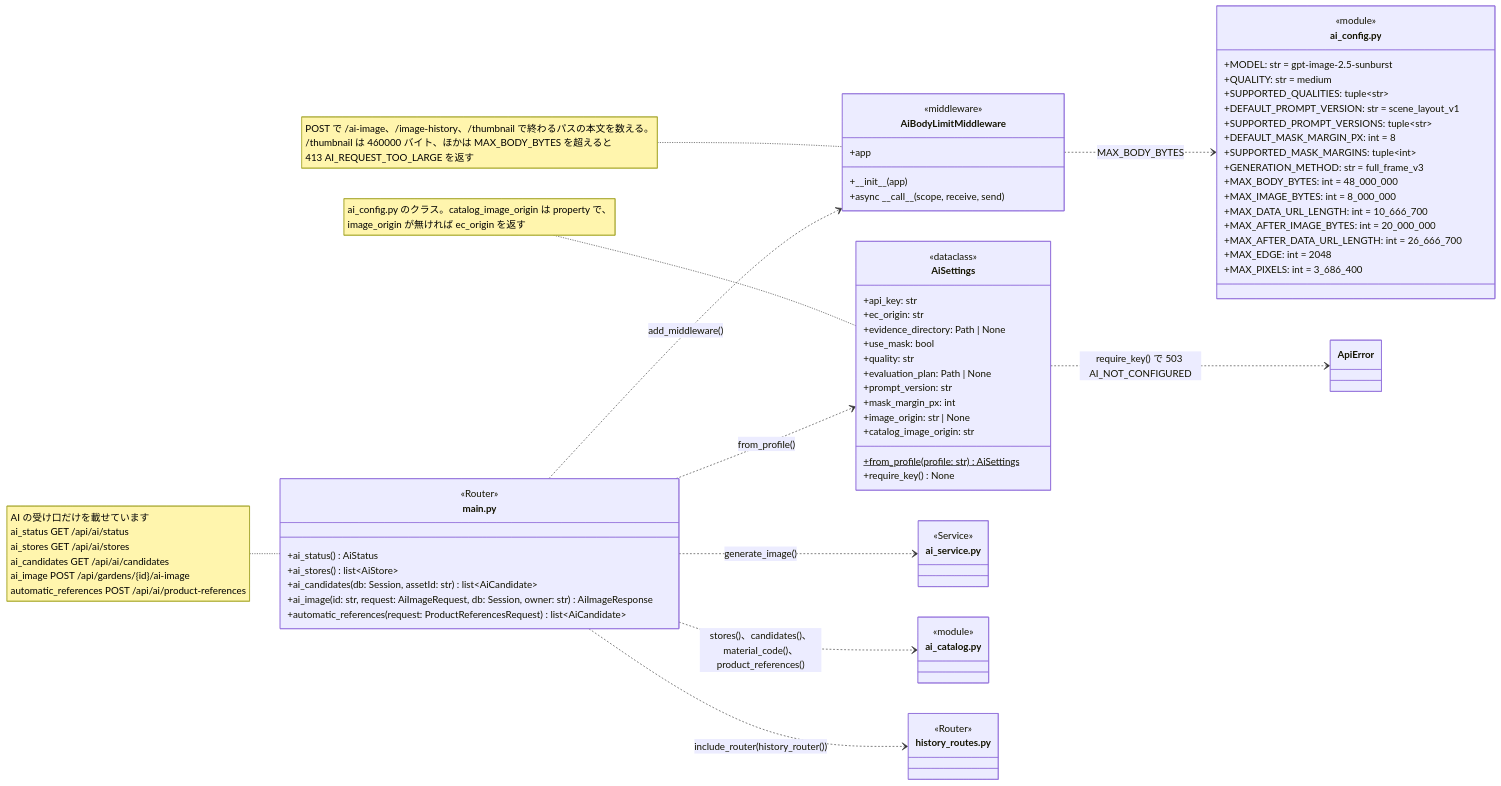
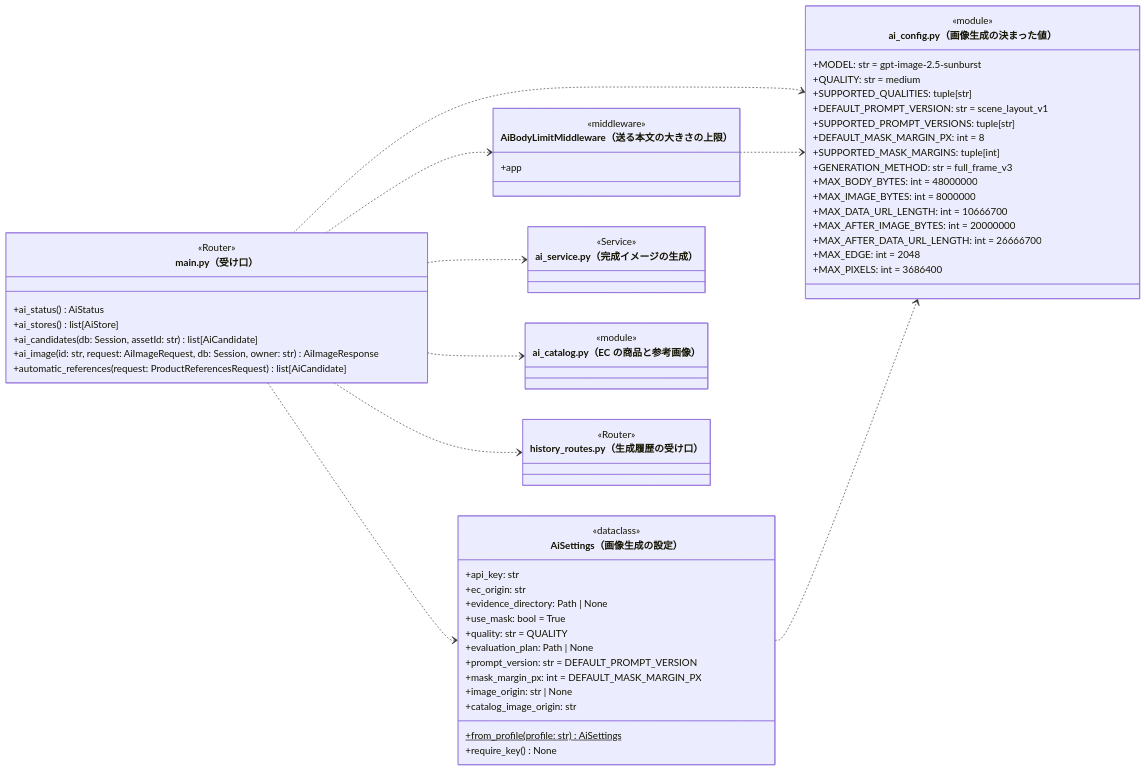
One commit to abeouga/kusakari-document changed the first of 7 diagrams in クラス図/kusakari-canvas/02_画像生成と履歴.md. Above: the diagram before and after it, drawn with Mermaid. The commit also changed other lines of this file and 40 other files, not shown here.

Commit message:
Canvas のクラス図に全体図を足し、詳細図をデータとモジュールの図に分けて書き直す

````diff
--- a/クラス図/kusakari-canvas/02_画像生成と履歴.md
+++ b/クラス図/kusakari-canvas/02_画像生成と履歴.md
@@ -70,69 +36,67 @@
 ```mermaid
 classDiagram
     direction LR
-    class main["main.py"] {
+    class main_py["main.py（受け口）"] {
         <<Router>>
         +ai_status() AiStatus
-        +ai_stores() list~AiStore~
-        +ai_candidates(db: Session, assetId: str) list~AiCandidate~
+        +ai_stores() list[AiStore]
+        +ai_candidates(db: Session, assetId: str) list[AiCandidate]
         +ai_image(id: str, request: AiImageRequest, db: Session, owner: str) AiImageResponse
-        +automatic_references(request: ProductReferencesRequest) list~AiCandidate~
+        +automatic_references(request: ProductReferencesRequest) list[AiCandidate]
     }
-    note for main "AI の受け口だけを載せています<br/>ai_status GET /api/ai/status<br/>ai_stores GET /api/ai/stores<br/>ai_candidates GET /api/ai/candidates<br/>ai_image POST /api/gardens/{id}/ai-image<br/>automatic_references POST /api/ai/product-references"
-    class AiBodyLimitMiddleware {
+    class AiBodyLimitMiddleware["AiBodyLimitMiddleware（送る本文の大きさの上限）"] {
         <<middleware>>
         +app
-        +#95;#95;init#95;#95;(app)
-        +async #95;#95;call#95;#95;(scope, receive, send)
     }
-    note for AiBodyLimitMiddleware "POST で /ai-image、/image-history、/thumbnail で終わるパスの本文を数える。<br/>/thumbnail は 460000 バイト、ほかは MAX_BODY_BYTES を超えると<br/>413 AI_REQUEST_TOO_LARGE を返す"
-    class ai_config["ai_config.py"] {
+    class ai_config_py["ai_config.py（画像生成の決まった値）"] {
         <<module>>
         +MODEL: str = gpt-image-2.5-sunburst
         +QUALITY: str = medium
-        +SUPPORTED_QUALITIES: tuple~str~
+        +SUPPORTED_QUALITIES: tuple[str]
         +DEFAULT_PROMPT_VERSION: str = scene_layout_v1
-        +SUPPORTED_PROMPT_VERSIONS: tuple~str~
+        +SUPPORTED_PROMPT_VERSIONS: tuple[str]
         +DEFAULT_MASK_MARGIN_PX: int = 8
-        +SUPPORTED_MASK_MARGINS: tuple~int~
+        +SUPPORTED_MASK_MARGINS: tuple[int]
         +GENERATION_METHOD: str = full_frame_v3
-        +MAX_BODY_BYTES: int = 48#95;000#95;000
-        +MAX_IMAGE_BYTES: int = 8#95;000#95;000
-        +MAX_DATA_URL_LENGTH: int = 10#95;666#95;700
-        +MAX_AFTER_IMAGE_BYTES: int = 20#95;000#95;000
-        +MAX_AFTER_DATA_URL_LENGTH: int = 26#95;666#95;700
+        +MAX_BODY_BYTES: int = 48000000
+        +MAX_IMAGE_BYTES: int = 8000000
+        +MAX_DATA_URL_LENGTH: int = 10666700
+        +MAX_AFTER_IMAGE_BYTES: int = 20000000
+        +MAX_AFTER_DATA_URL_LENGTH: int = 26666700
         +MAX_EDGE: int = 2048
-        +MAX_PIXELS: int = 3#95;686#95;400
+        +MAX_PIXELS: int = 3686400
     }
-    class AiSettings {
+    class AiSettings["AiSettings（画像生成の設定）"] {
         <<dataclass>>
         +api_key: str
         +ec_origin: str
         +evidence_directory: Path | None
-        +use_mask: bool
-        +quality: str
+        +use_mask: bool = True
+        +quality: str = QUALITY
         +evaluation_plan: Path | None
-        +prompt_version: str
-        +mask_margin_px: int
+        +prompt_version: str = DEFAULT_PROMPT_VERSION
+        +mask_margin_px: int = DEFAULT_MASK_MARGIN_PX
         +image_origin: str | None
         +catalog_image_origin: str
         +from_profile(profile: str)$ AiSettings
         +require_key() None
     }
-    note for AiSettings "ai_config.py のクラス。catalog_image_origin は property で、<br/>image_origin が無ければ ec_origin を返す"
-    class ai_service["ai_service.py"]
-    <<Service>> ai_service
-    class ai_catalog["ai_catalog.py"]
-    <<module>> ai_catalog
-    class history_routes["history_routes.py"]
-    <<Router>> history_routes
-    class ApiError
+    class ai_service_py["ai_service.py（完成イメージの生成）"] {
+        <<Service>>
+    }
+    class ai_catalog_py["ai_catalog.py（EC の商品と参考画像）"] {
+        <<module>>
+    }
+    class history_routes_py["history_routes.py（生成履歴の受け口）"] {
+        <<Router>>
+    }
 
-    main ..> AiBodyLimitMiddleware : add_middleware()
-    main ..> AiSettings : from_profile()
-    main ..> ai_service : generate_image()
-    main ..> ai_catalog : stores()、candidates()、material_code()、product_references()
-    main ..> history_routes : include_router(history_router())
-    AiBodyLimitMiddleware ..> ai_config : MAX_BODY_BYTES
-    AiSettings ..> ApiError : require_key() で 503 AI_NOT_CONFIGURED
+    main_py ..> AiBodyLimitMiddleware
+    main_py ..> AiSettings
+    main_py ..> ai_config_py
+    main_py ..> ai_service_py
+    main_py ..> ai_catalog_py
+    main_py ..> history_routes_py
+    AiBodyLimitMiddleware ..> ai_config_py
+    AiSettings ..> ai_config_py
 ```
````
